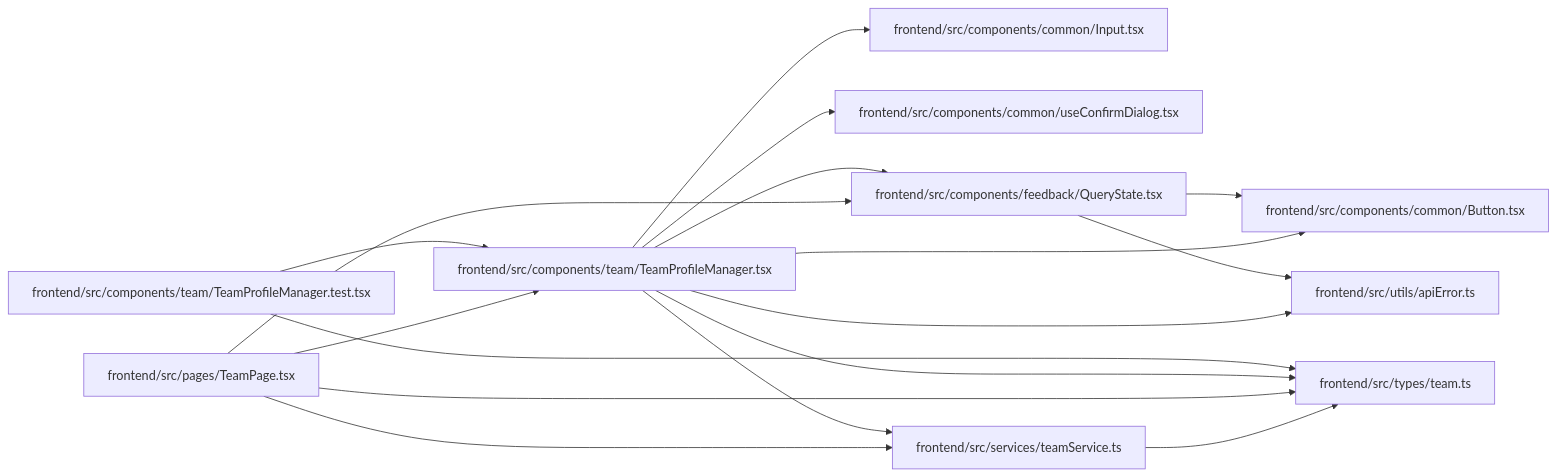
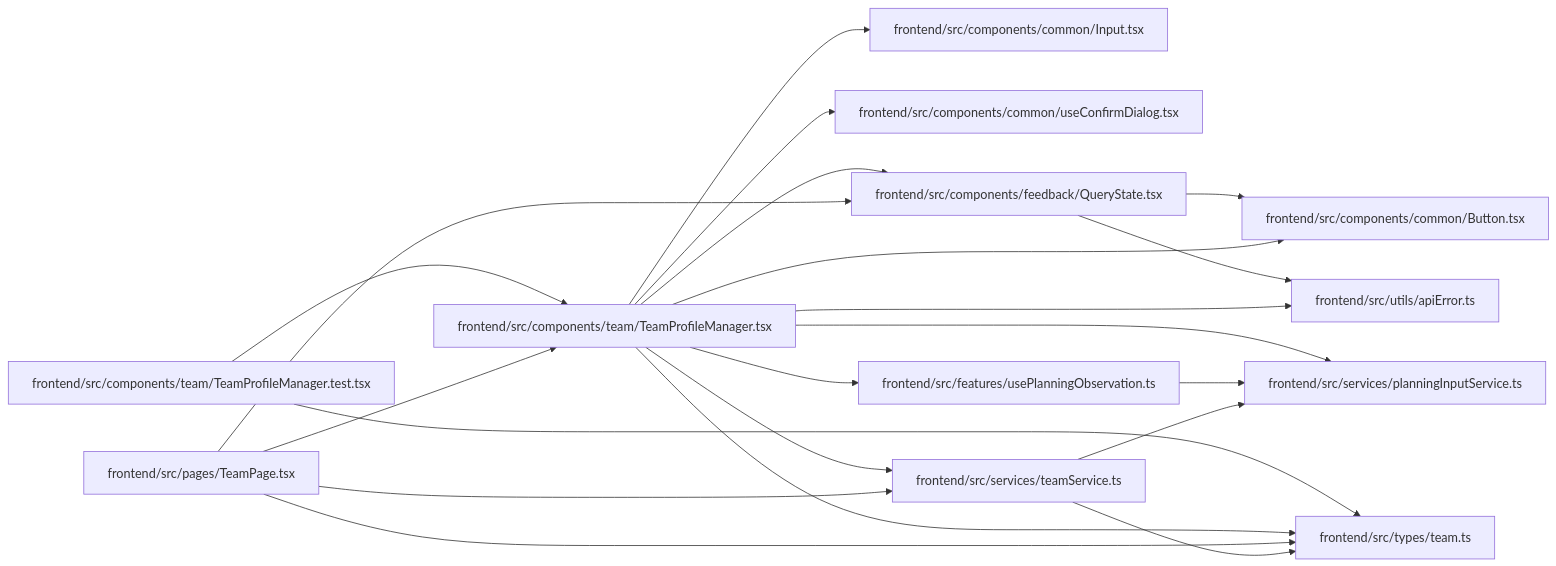
Before and after one commit to Denissvgn/WorkChord: the diagram in docs/llm_wiki/modules/TeamProfileManager.md, drawn with Mermaid. The commit also changed other lines of this file and 512 other files, not shown here.

````diff
--- a/docs/llm_wiki/modules/TeamProfileManager.md
+++ b/docs/llm_wiki/modules/TeamProfileManager.md
@@ -35,39 +37,47 @@
 ```mermaid
 flowchart LR
     n0["frontend/src/components/common/Button.tsx"]
     n1["frontend/src/components/common/Input.tsx"]
     n2["frontend/src/components/common/useConfirmDialog.tsx"]
     n3["frontend/src/components/feedback/QueryState.tsx"]
     n4["frontend/src/components/team/TeamProfileManager.test.tsx"]
     n5["frontend/src/components/team/TeamProfileManager.tsx"]
-    n6["frontend/src/pages/TeamPage.tsx"]
-    n7["frontend/src/services/teamService.ts"]
-    n8["frontend/src/types/team.ts"]
-    n9["frontend/src/utils/apiError.ts"]
+    n6["frontend/src/features/usePlanningObservation.ts"]
+    n7["frontend/src/pages/TeamPage.tsx"]
+    n8["frontend/src/services/planningInputService.ts"]
+    n9["frontend/src/services/teamService.ts"]
+    n10["frontend/src/types/team.ts"]
+    n11["frontend/src/utils/apiError.ts"]
     n3 --> n0
-    n3 --> n9
+    n3 --> n11
     n4 --> n5
-    n4 --> n8
+    n4 --> n10
     n5 --> n0
     n5 --> n1
     n5 --> n2
     n5 --> n3
-    n5 --> n7
+    n5 --> n6
     n5 --> n8
     n5 --> n9
-    n6 --> n3
-    n6 --> n5
-    n6 --> n7
+    n5 --> n10
+    n5 --> n11
     n6 --> n8
-    n7 --> n8
+    n7 --> n3
+    n7 --> n5
+    n7 --> n9
+    n7 --> n10
+    n9 --> n8
+    n9 --> n10
     click n0 "../modules/Button.md"
     click n1 "../modules/Input.md"
     click n2 "../modules/useConfirmDialog.md"
     click n3 "../modules/QueryState.md"
     click n4 "../modules/TeamProfileManager.test.md"
     click n5 "../modules/TeamProfileManager.md"
-    click n6 "../modules/TeamPage.md"
-    click n7 "../modules/teamService.md"
-    click n8 "../modules/types_team.md"
-    click n9 "../modules/apiError.md"
+    click n6 "../modules/usePlanningObservation.md"
+    click n7 "../modules/TeamPage.md"
+    click n8 "../modules/planningInputService.md"
+    click n9 "../modules/teamService.md"
+    click n10 "../modules/types_team.md"
+    click n11 "../modules/apiError.md"
 ```
````
